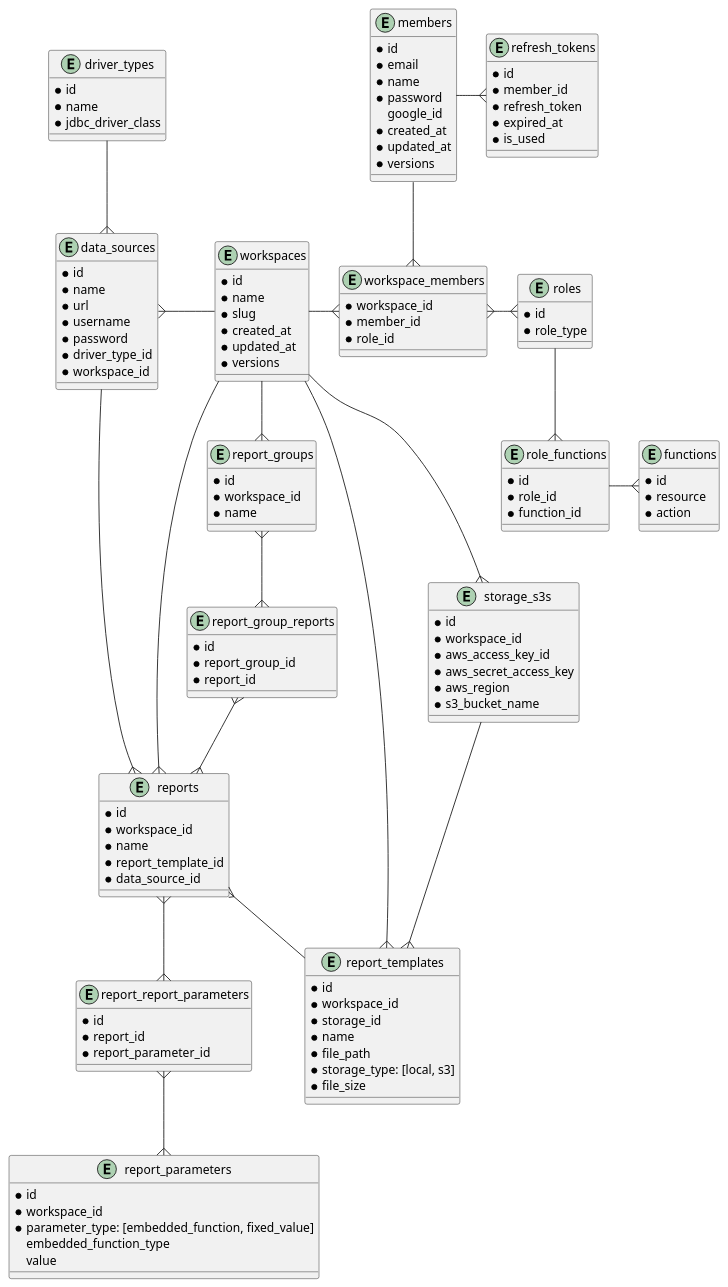
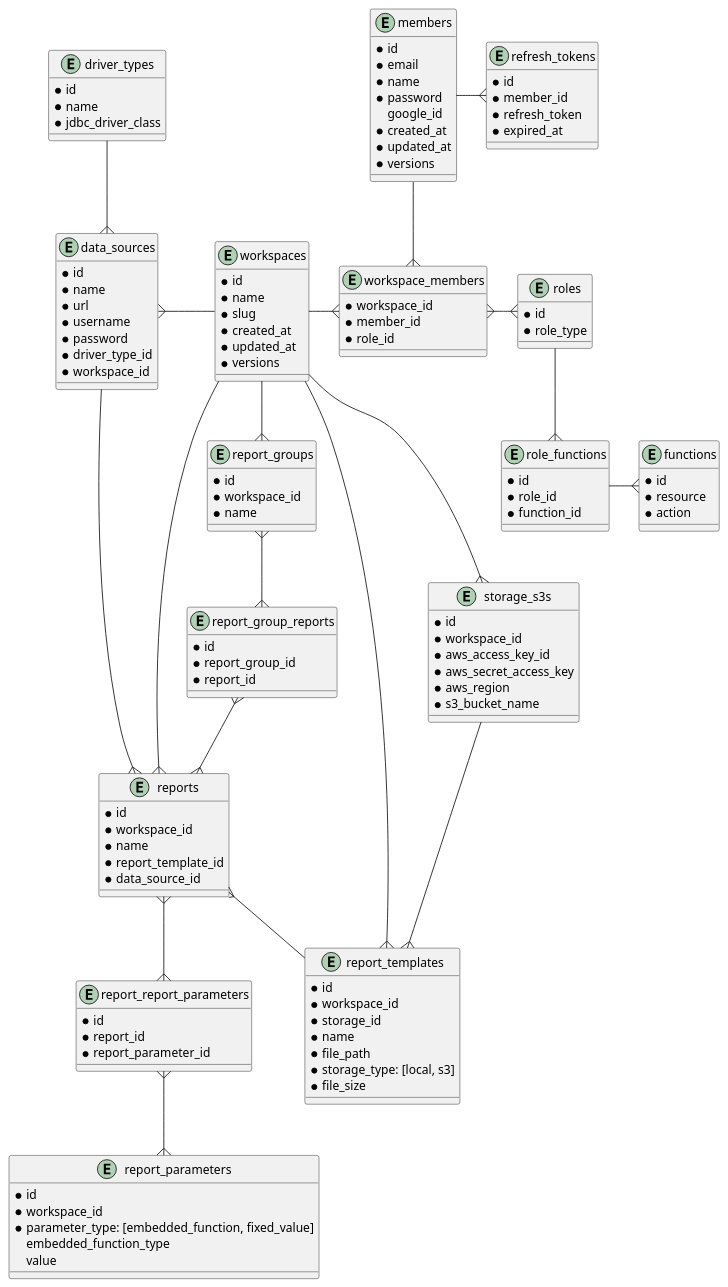
The diagram in docs/db/diagram.puml (ijufumi/openreports-api), drawn with PlantUML before and after one commit. The commit also changed 3 other files, not shown here.

```diff
--- a/docs/db/diagram.puml
+++ b/docs/db/diagram.puml
@@ -1,143 +1,142 @@
 @startuml
 
 entity members {
   * id
   * email
   * name
   * password
     google_id
   * created_at
   * updated_at
   * versions
 }
 
 entity workspaces {
   * id
   * name
   * slug
   * created_at
   * updated_at
   * versions
 }
 
 entity workspace_members {
   * workspace_id
   * member_id
   * role_id
 }
 
 entity roles {
   * id
   * role_type
 }
 
 entity functions {
   * id
   * resource
   * action
 }
 
 entity role_functions {
   * id
   * role_id
   * function_id
 }
 
 entity data_sources {
   * id
   * name
   * url
   * username
   * password
   * driver_type_id
   * workspace_id
 }
 
 entity driver_types {
   * id
   * name
   * jdbc_driver_class
 }
 
 entity reports {
   * id
   * workspace_id
   * name
   * report_template_id
   * data_source_id
 }
 
 entity report_templates {
   * id
   * workspace_id
   * storage_id
   * name
   * file_path
   * storage_type: [local, s3]
   * file_size
 }
 
 entity report_parameters {
   * id
   * workspace_id
   * parameter_type: [embedded_function, fixed_value]
     embedded_function_type
     value
 }
 
 entity report_report_parameters {
   * id
   * report_id
   * report_parameter_id
 }
 
 entity report_groups {
   * id
   * workspace_id
   * name
 }
 
 entity report_group_reports {
   * id
   * report_group_id
   * report_id
 }
 
 entity storage_s3s {
   * id
   * workspace_id
   * aws_access_key_id
   * aws_secret_access_key
   * aws_region
   * s3_bucket_name
 }
 
 entity refresh_tokens {
   * id
   * member_id
   * refresh_token
   * expired_at
-  * is_used
 }
 
 workspaces --r{ workspace_members
 workspace_members }--u members
 workspace_members }--r{ roles
 roles --{ role_functions
 role_functions --r{ functions
 workspaces --l{ data_sources
 workspaces --{ reports
 workspaces --{ report_templates
 workspaces --{ report_groups
 reports }-- report_templates
 report_groups }--{ report_group_reports
 report_group_reports }--{ reports
 reports }--{ report_report_parameters
 report_report_parameters }--{ report_parameters
 driver_types --{ data_sources
 data_sources --{ reports
 workspaces --r{ storage_s3s
 storage_s3s --{ report_templates
 members --r{ refresh_tokens
 
 @enduml
```
